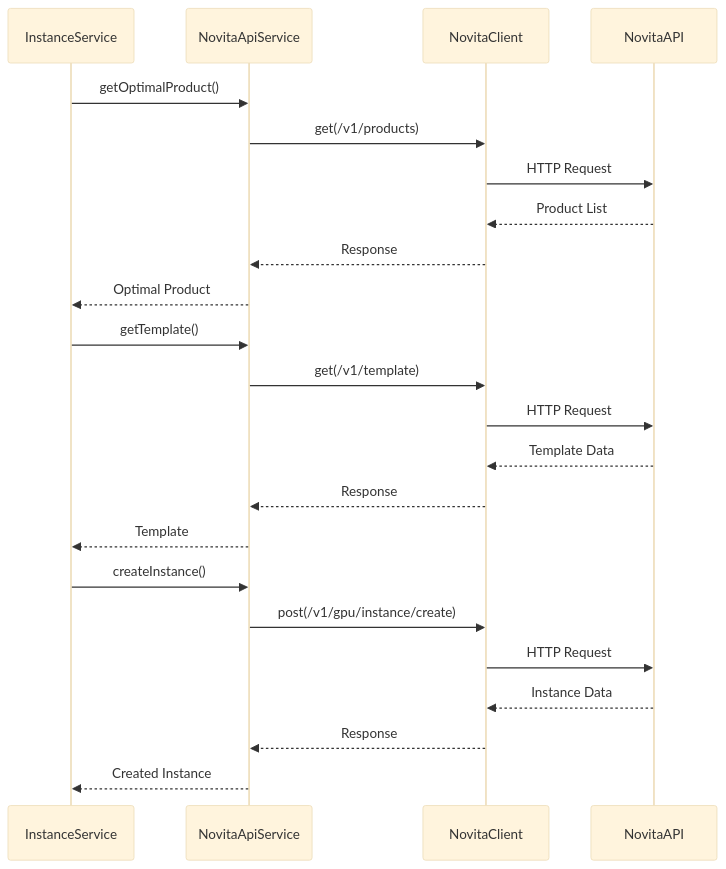
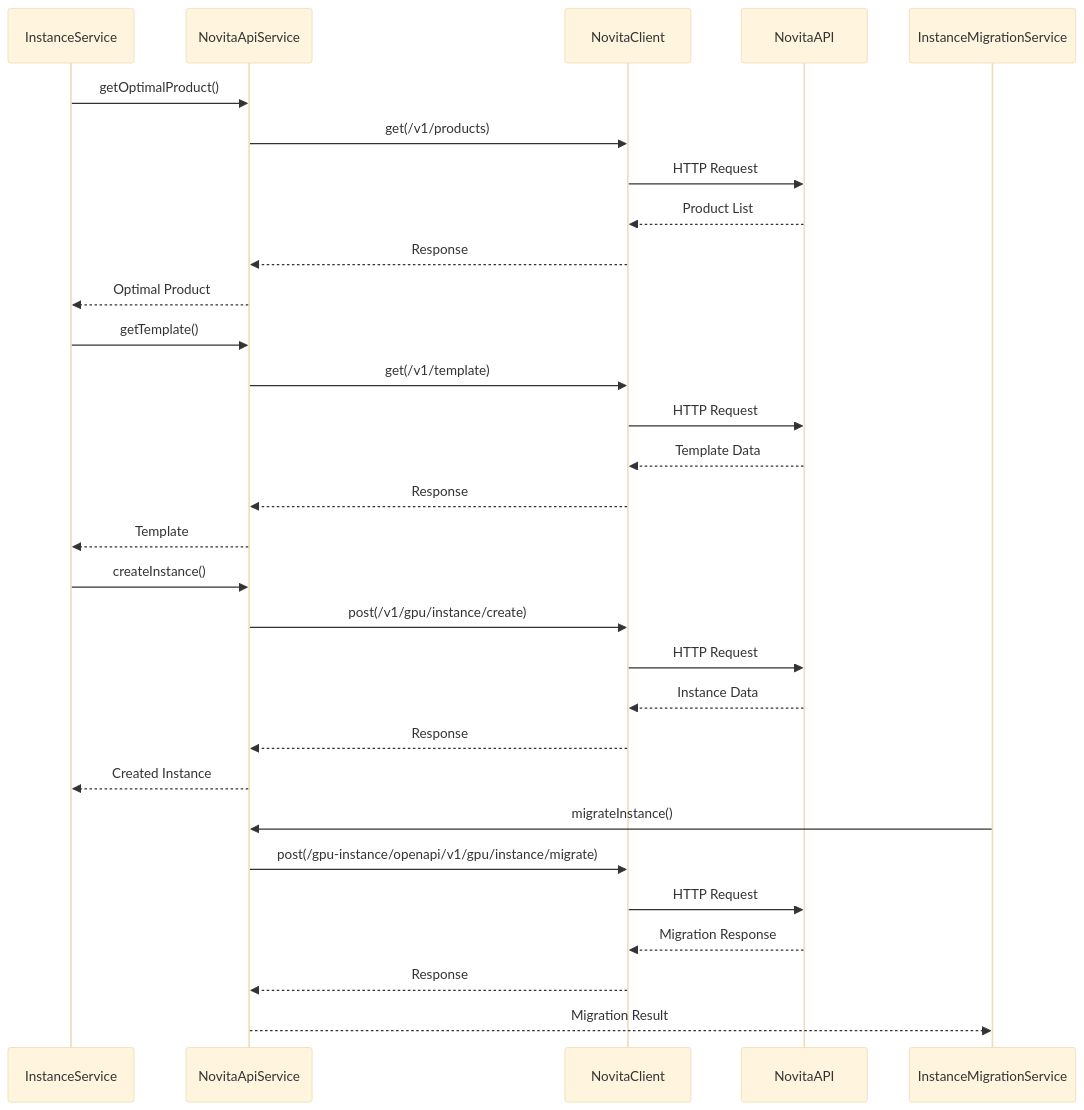
Before and after one commit to sontl/novita-ai-api: the fourth of 5 diagrams in .qoder/repowiki/en/content/Service Architecture/Novita API Service.md, drawn with Mermaid (base theme). The commit also changed other lines of this file and 76 other files, not shown here.

````diff
--- a/.qoder/repowiki/en/content/Service Architecture/Novita API Service.md
+++ b/.qoder/repowiki/en/content/Service Architecture/Novita API Service.md
@@ -234,25 +287,31 @@
 ```mermaid
 sequenceDiagram
 participant InstanceService
 participant NovitaApiService
 participant NovitaClient
 participant NovitaAPI
 InstanceService->>NovitaApiService : getOptimalProduct()
 NovitaApiService->>NovitaClient : get(/v1/products)
 NovitaClient->>NovitaAPI : HTTP Request
 NovitaAPI-->>NovitaClient : Product List
 NovitaClient-->>NovitaApiService : Response
 NovitaApiService-->>InstanceService : Optimal Product
 InstanceService->>NovitaApiService : getTemplate()
 NovitaApiService->>NovitaClient : get(/v1/template)
 NovitaClient->>NovitaAPI : HTTP Request
 NovitaAPI-->>NovitaClient : Template Data
 NovitaClient-->>NovitaApiService : Response
 NovitaApiService-->>InstanceService : Template
 InstanceService->>NovitaApiService : createInstance()
 NovitaApiService->>NovitaClient : post(/v1/gpu/instance/create)
 NovitaClient->>NovitaAPI : HTTP Request
 NovitaAPI-->>NovitaClient : Instance Data
 NovitaClient-->>NovitaApiService : Response
 NovitaApiService-->>InstanceService : Created Instance
+InstanceMigrationService->>NovitaApiService : migrateInstance()
+NovitaApiService->>NovitaClient : post(/gpu-instance/openapi/v1/gpu/instance/migrate)
+NovitaClient->>NovitaAPI : HTTP Request
+NovitaAPI-->>NovitaClient : Migration Response
+NovitaClient-->>NovitaApiService : Response
+NovitaApiService-->>InstanceMigrationService : Migration Result
 ```
````
